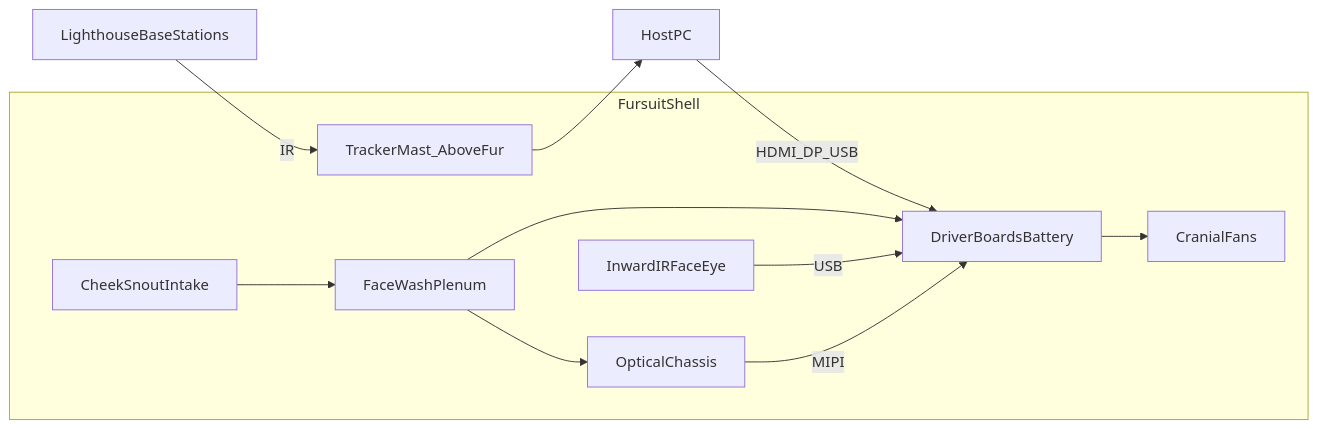
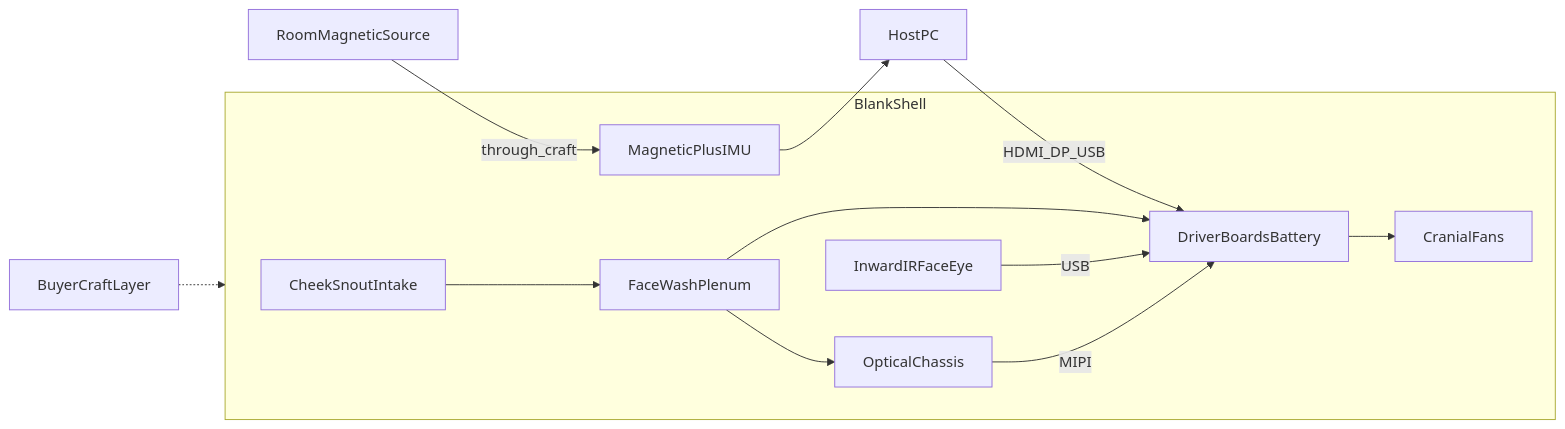
One commit to Ikaros2491/Backupgmod changed the diagram in furry-vr-headset/README.md. Above: the diagram before and after it, drawn with Mermaid. The commit also changed other lines of this file and 12 other files, not shown here.

First line of the commit message:
Lock in-shell magnetic pose for blank craftable shell

````diff
--- a/furry-vr-headset/README.md
+++ b/furry-vr-headset/README.md
@@ -18,19 +18,20 @@
 ```mermaid
 flowchart LR
-  subgraph shell [FursuitShell]
+  subgraph shell [BlankShell]
     Intake[CheekSnoutIntake]
     FaceWash[FaceWashPlenum]
     Optics[OpticalChassis]
     FaceCams[InwardIRFaceEye]
-    Mast[TrackerMast_AboveFur]
+    PoseBay[MagneticPlusIMU]
     Elec[DriverBoardsBattery]
     Exhaust[CranialFans]
   end
-  BS[LighthouseBaseStations] -->|IR| Mast
+  Craft[BuyerCraftLayer] -.-> shell
+  MagSrc[RoomMagneticSource] -->|through_craft| PoseBay
   PC[HostPC] -->|HDMI_DP_USB| Elec
-  Mast --> PC
+  PoseBay --> PC
   Intake --> FaceWash --> Elec --> Exhaust
   FaceWash --> Optics
   FaceCams -->|USB| Elec
   Optics -->|MIPI| Elec
 ```
````
